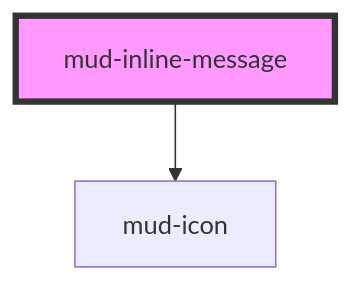
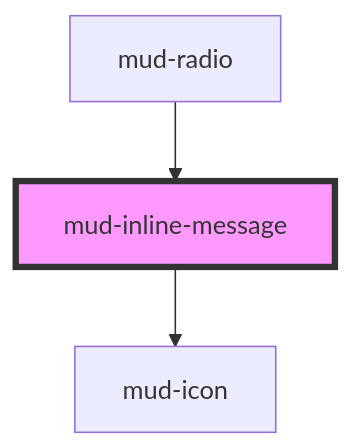
The diagram in src/components/mud-inline-message/readme.md (egov-moldova/design-system), drawn with Mermaid before and after one commit. The commit also changed other lines of this file and 8 other files, not shown here.

First line of the commit message:
feat(radio): show the error message Figma draws under an invalid radio

````diff
--- a/src/components/mud-inline-message/readme.md
+++ b/src/components/mud-inline-message/readme.md
@@ -51,5 +55,6 @@
 ```mermaid
 graph TD;
   mud-inline-message --> mud-icon
+  mud-radio --> mud-inline-message
   style mud-inline-message fill:#f9f,stroke:#333,stroke-width:4px
 ```
````
